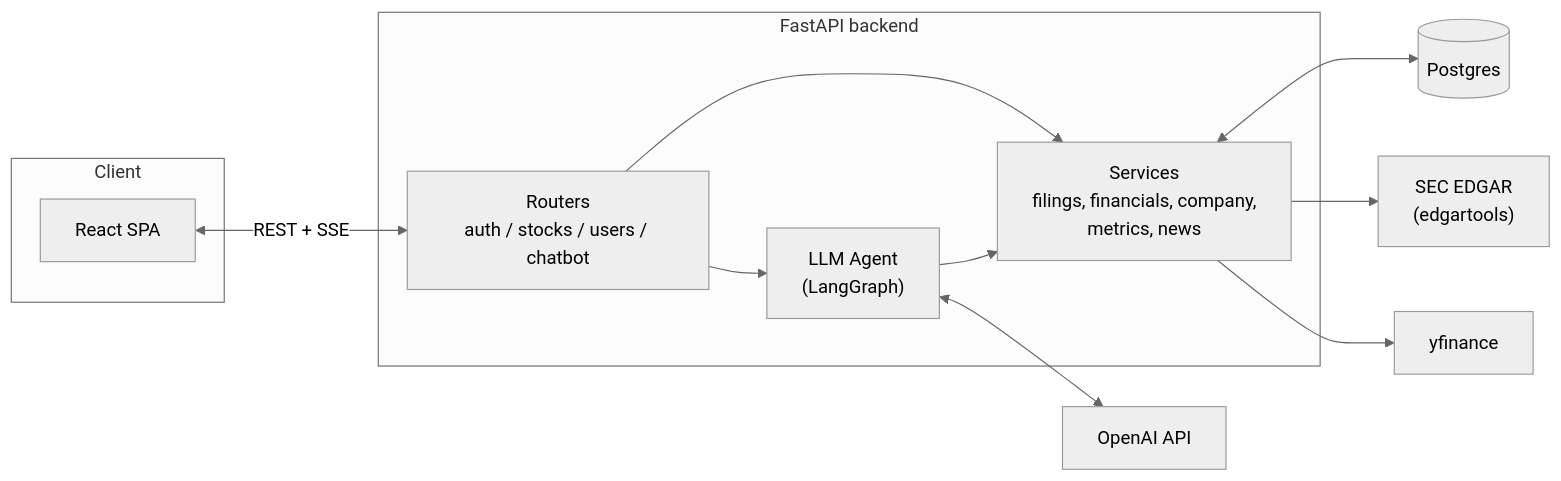
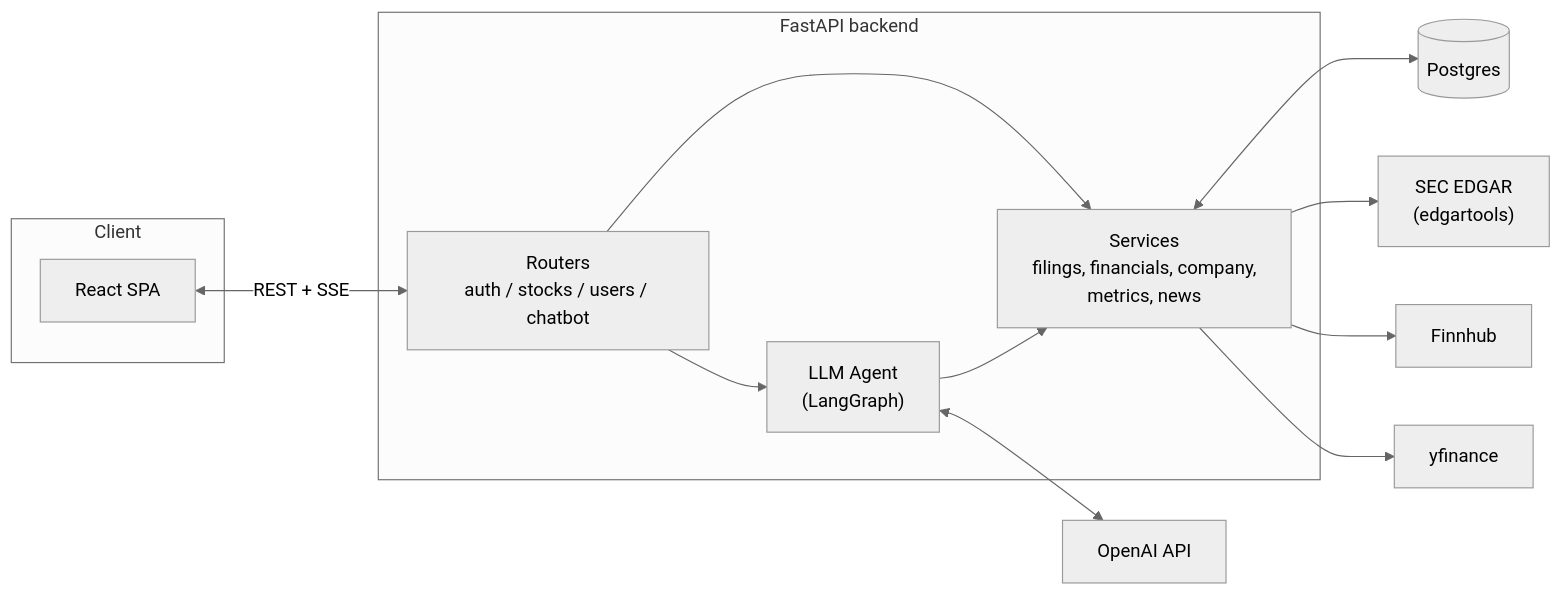
Before and after one commit to georfil/ai-stock-research-app: the first of 3 diagrams in README.md, drawn with Mermaid (neutral theme). The commit also changed other lines of this file and 24 other files, not shown here.

````diff
--- a/README.md
+++ b/README.md
@@ -179,26 +225,28 @@
 ```mermaid
 flowchart LR
     subgraph Client
         FE["React SPA"]
     end
 
     subgraph Backend["FastAPI backend"]
         Routers["Routers\nauth / stocks / users / chatbot"]
         Services["Services\nfilings, financials, company,\nmetrics, news"]
         Agent["LLM Agent\n(LangGraph)"]
     end
 
     DB[("Postgres")]
     EDGAR["SEC EDGAR\n(edgartools)"]
+    Finnhub["Finnhub"]
     YF["yfinance"]
     OpenAI["OpenAI API"]
 
     FE <-->|"REST + SSE"| Routers
     Routers --> Services
     Routers --> Agent
     Agent --> Services
     Agent <--> OpenAI
     Services <--> DB
     Services --> EDGAR
+    Services --> Finnhub
     Services --> YF
 ```
````
